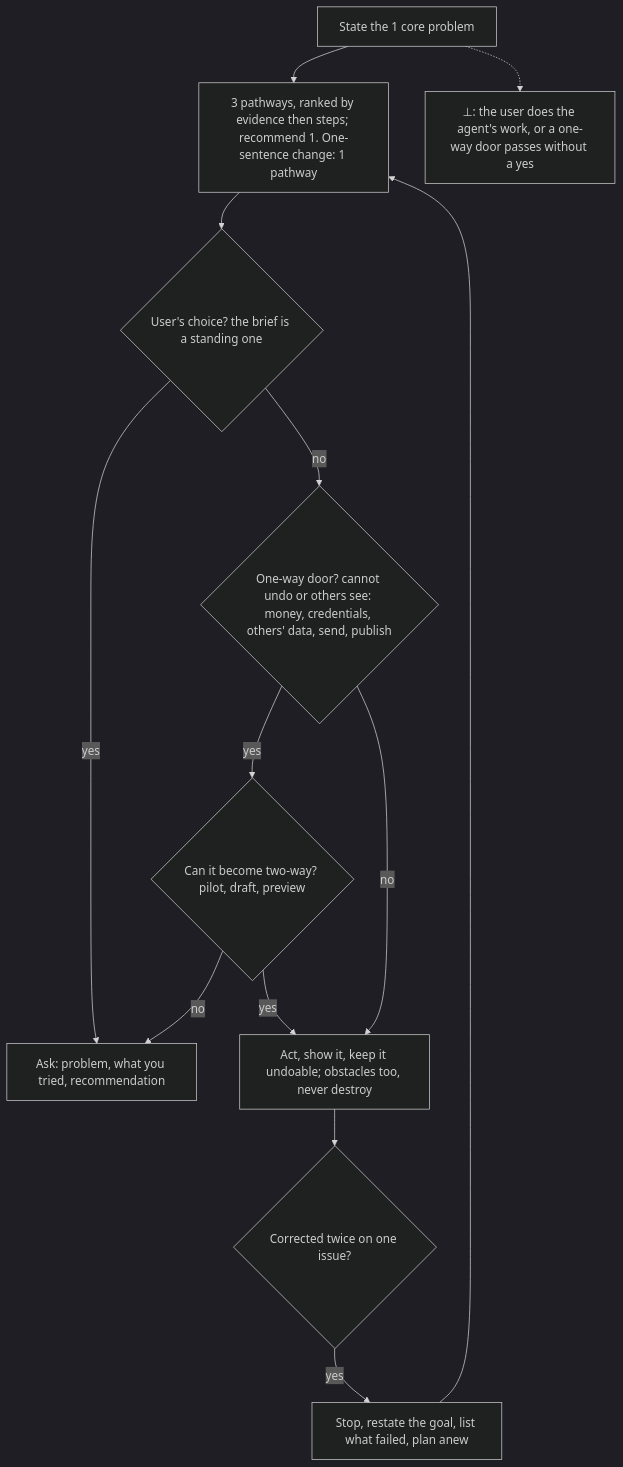
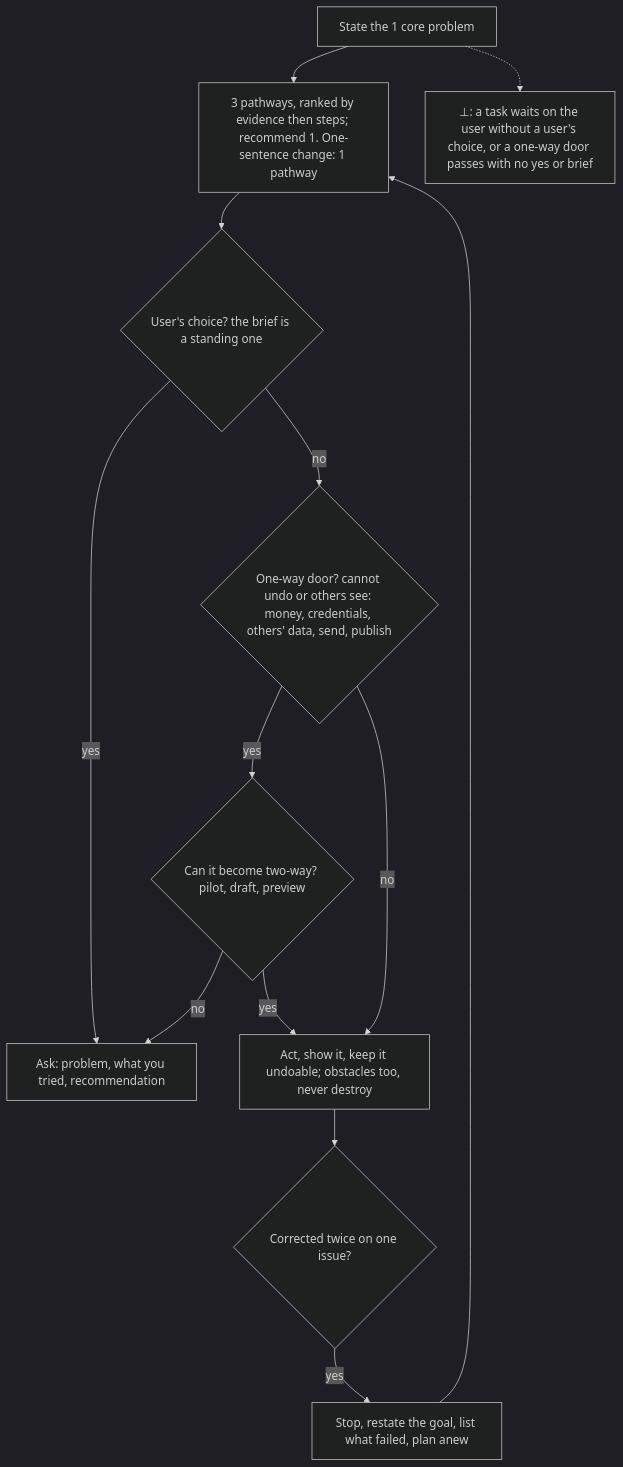
One commit to SolenixAI/arbiter changed the ninth of 14 diagrams in AGENTS.md. Above: the diagram before and after it, drawn with Mermaid (dark theme). The commit also changed other lines of this file, not shown here.

````diff
--- a/AGENTS.md
+++ b/AGENTS.md
@@ -417,14 +417,14 @@
 ```mermaid
 flowchart TD
   P1["State the 1 core problem"] --> T["3 pathways, ranked by evidence then steps; recommend 1. One-sentence change: 1 pathway"]
   T --> Q{"User's choice? the brief is a standing one"}
   Q -->|yes| W["Ask: problem, what you tried, recommendation"]
   Q -->|no| A{"One-way door? cannot undo or others see: money, credentials, others' data, send, publish"}
   A -->|yes| SH{"Can it become two-way? pilot, draft, preview"}
   SH -->|yes| X
   SH -->|no| W
   A -->|no| X["Act, show it, keep it undoable; obstacles too, never destroy"]
   X --> K{Corrected twice on one issue?}
   K -->|yes| Z["Stop, restate the goal, list what failed, plan anew"] --> T
-  P1 -.-> BOT["⊥: the user does the agent's work, or a one-way door passes without a yes"]
+  P1 -.-> BOT["⊥: a task waits on the user without a user's choice, or a one-way door passes with no yes or brief"]
 ```
````
